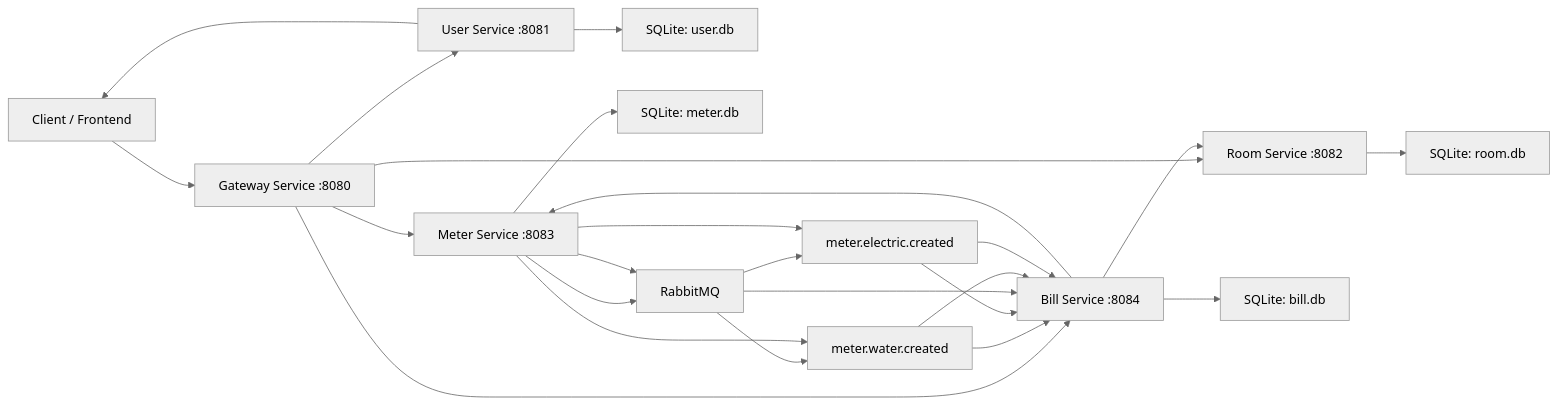
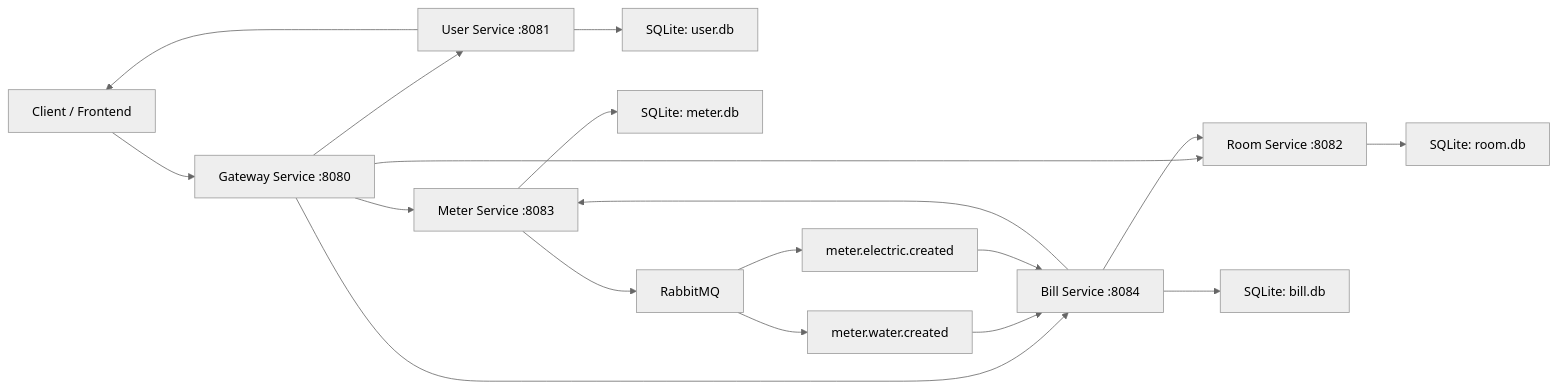
One commit to Ibetfinnz/MDD_Project changed the first of 3 diagrams in architecture.md. Above: the diagram before and after it, drawn with Mermaid (neutral theme).

Commit message:
Remove Meter Service and RabbitMQ interactions from architecture diagram

````diff
--- a/architecture.md
+++ b/architecture.md
@@ -1,58 +1,49 @@
 ```mermaid
 graph LR
     C[Client / Frontend]
     GW[Gateway Service :8080]
 
     US[User Service :8081]
     RS[Room Service :8082]
     MS[Meter Service :8083]
     BS[Bill Service :8084]
 
     UDB[SQLite: user.db]
     RDB[SQLite: room.db]
     MDB[SQLite: meter.db]
     BDB[SQLite: bill.db]
 
     RQ[RabbitMQ]
     QW[meter.water.created]
     QE[meter.electric.created]
 
     %% Client -> Gateway
     C --> GW
 
     %% Gateway routing
     GW --> US
     GW --> RS
     GW --> MS
     GW --> BS
 
     %% Auth flow
     US --> C
 
     %% DB connections
     US --> UDB
     RS --> RDB
     MS --> MDB
     BS --> BDB
 
     %% Meter -> RabbitMQ -> Bill
     MS --> RQ
     RQ --> QW
     RQ --> QE
     QW --> BS
     QE --> BS
 
     %% Bill Service calling other services directly (service-to-service)
     BS --> RS
     BS --> MS
 
-    %% Meter Service -> RabbitMQ
-    MS --> RQ
-    MS --> QW
-    MS --> QE
-
-    %% RabbitMQ -> Bill Service
-    RQ --> BS
-    QW --> BS
-    QE --> BS
 ```
````
